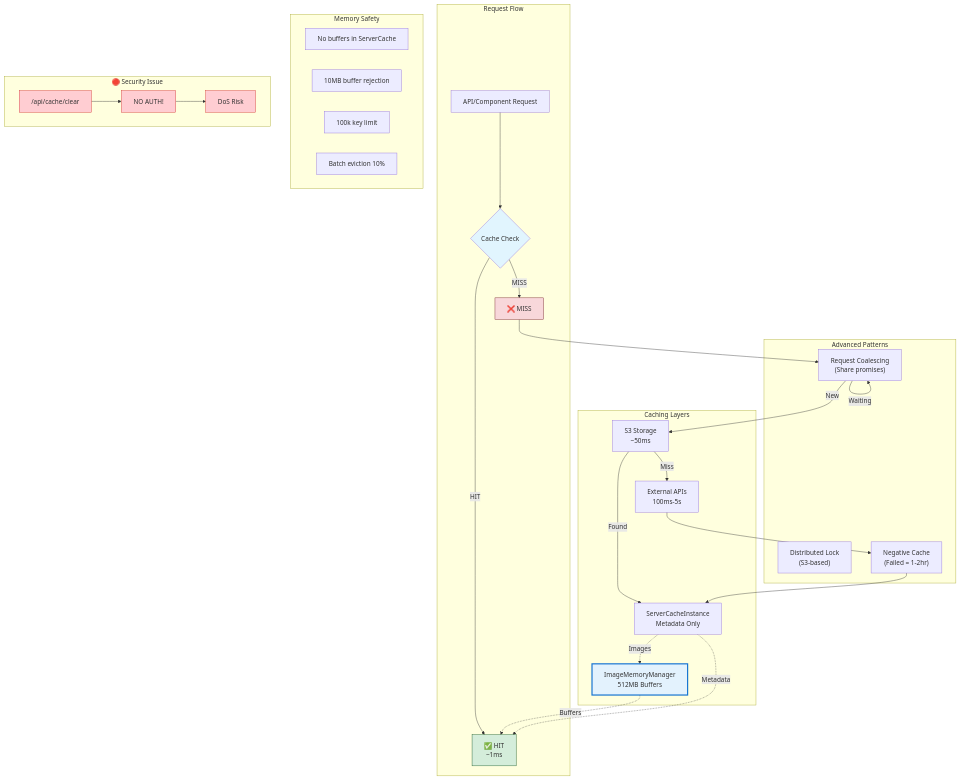
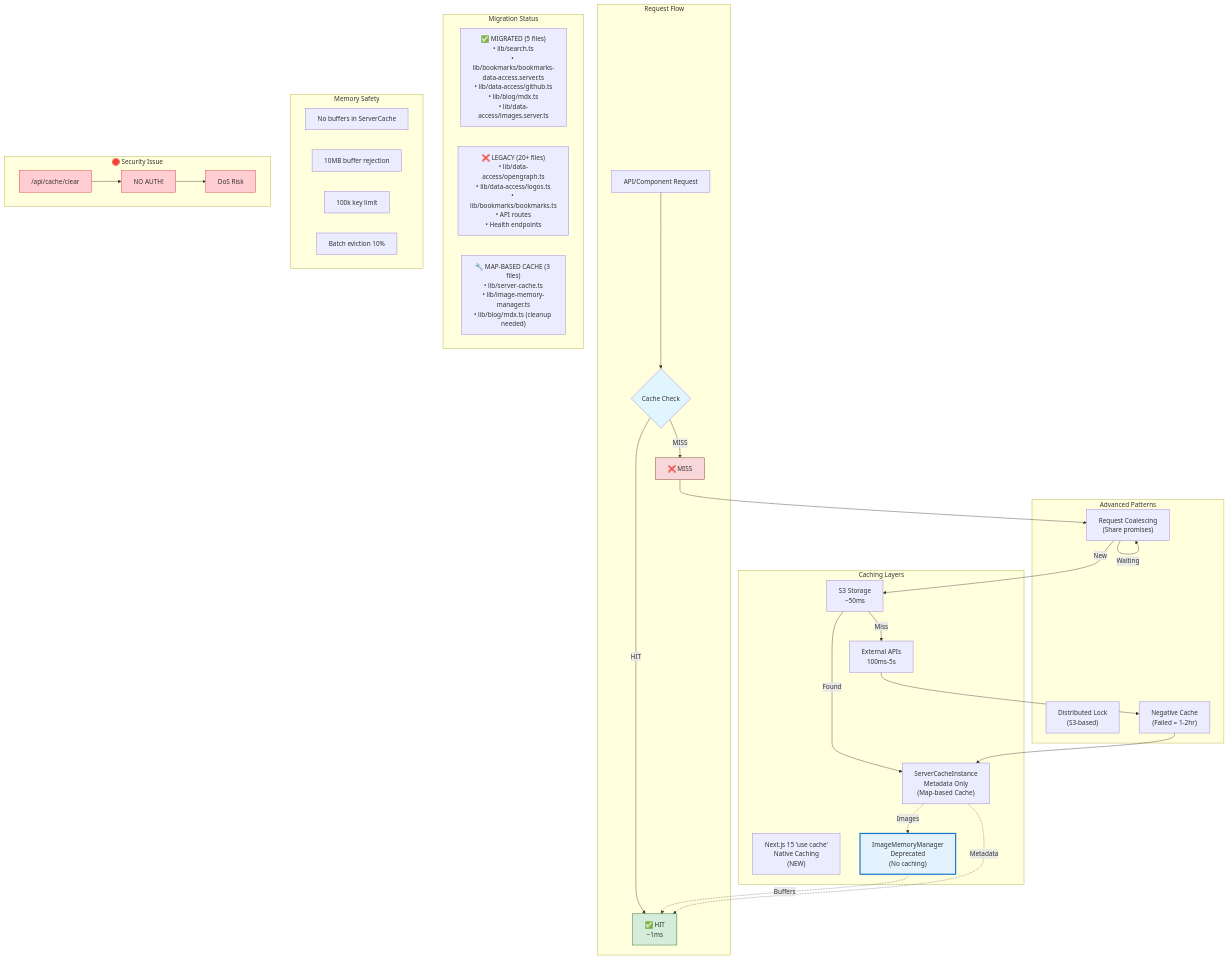
Before and after one commit to WilliamAGH/williamcallahan.com: the diagram in docs/projects/structure/caching.mmd, drawn with Mermaid. The commit also changed 14 other files, not shown here.

```diff
--- a/docs/projects/structure/caching.mmd
+++ b/docs/projects/structure/caching.mmd
@@ -1,62 +1,69 @@
 graph TD
     subgraph "Request Flow"
         A[API/Component Request]
         B{Cache Check}
         C["✅ HIT<br/>~1ms"]
         D["❌ MISS"]
     end
 
     subgraph "Caching Layers" 
-        L1["ServerCacheInstance<br/>Metadata Only"]
-        L2["ImageMemoryManager<br/>512MB Buffers"]
+        L1["ServerCacheInstance<br/>Metadata Only<br/>(Map-based Cache)"]
+        L1B["Next.js 15 'use cache'<br/>Native Caching<br/>(NEW)"]
+        L2["ImageMemoryManager<br/>Deprecated<br/>(No caching)"]
         L3["S3 Storage<br/>~50ms"]
         L4["External APIs<br/>100ms-5s"]
+    end
+    
+    subgraph "Migration Status"
+        M1["✅ MIGRATED (5 files)<br/>• lib/search.ts<br/>• lib/bookmarks/bookmarks-data-access.server.ts<br/>• lib/data-access/github.ts<br/>• lib/blog/mdx.ts<br/>• lib/data-access/images.server.ts"]
+        M2["❌ LEGACY (20+ files)<br/>• lib/data-access/opengraph.ts<br/>• lib/data-access/logos.ts<br/>• lib/bookmarks/bookmarks.ts<br/>• API routes<br/>• Health endpoints"]
+        M3["🔧 MAP-BASED CACHE (3 files)<br/>• lib/server-cache.ts<br/>• lib/image-memory-manager.ts<br/>• lib/blog/mdx.ts (cleanup needed)"]
     end
     
     subgraph "Advanced Patterns"
         RC["Request Coalescing<br/>(Share promises)"]
         DL["Distributed Lock<br/>(S3-based)"]
         NC["Negative Cache<br/>(Failed = 1-2hr)"]
     end
 
     subgraph "Memory Safety"
         MS1["No buffers in ServerCache"]
         MS2["10MB buffer rejection"]
         MS3["100k key limit"]
         MS4["Batch eviction 10%"]
     end
 
     A --> B
     B -->|HIT| C
     B -->|MISS| D
     
     D --> RC
     RC -->|New| L3
     RC -->|Waiting| RC
     
     L3 -->|Found| L1
     L3 -->|Miss| L4
     L4 --> NC
     NC --> L1
     
     L1 -.->|Images| L2
     L2 -.->|Buffers| C
     L1 -.->|Metadata| C
 
     subgraph "🔴 Security Issue"
         SEC1["/api/cache/clear"]
         SEC2["NO AUTH!"]
         SEC3["DoS Risk"]
     end
     
     SEC1 --> SEC2
     SEC2 --> SEC3
 
     %% Styling
     style B fill:#e1f5fe
     style C fill:#d4edda,stroke:#155724
     style D fill:#f8d7da,stroke:#721c24
     style L2 fill:#e3f2fd,stroke:#1976d2,stroke-width:3px
     style SEC1 fill:#ffcdd2,stroke:#d32f2f
     style SEC2 fill:#ffcdd2,stroke:#d32f2f
     style SEC3 fill:#ffcdd2,stroke:#d32f2f
```
